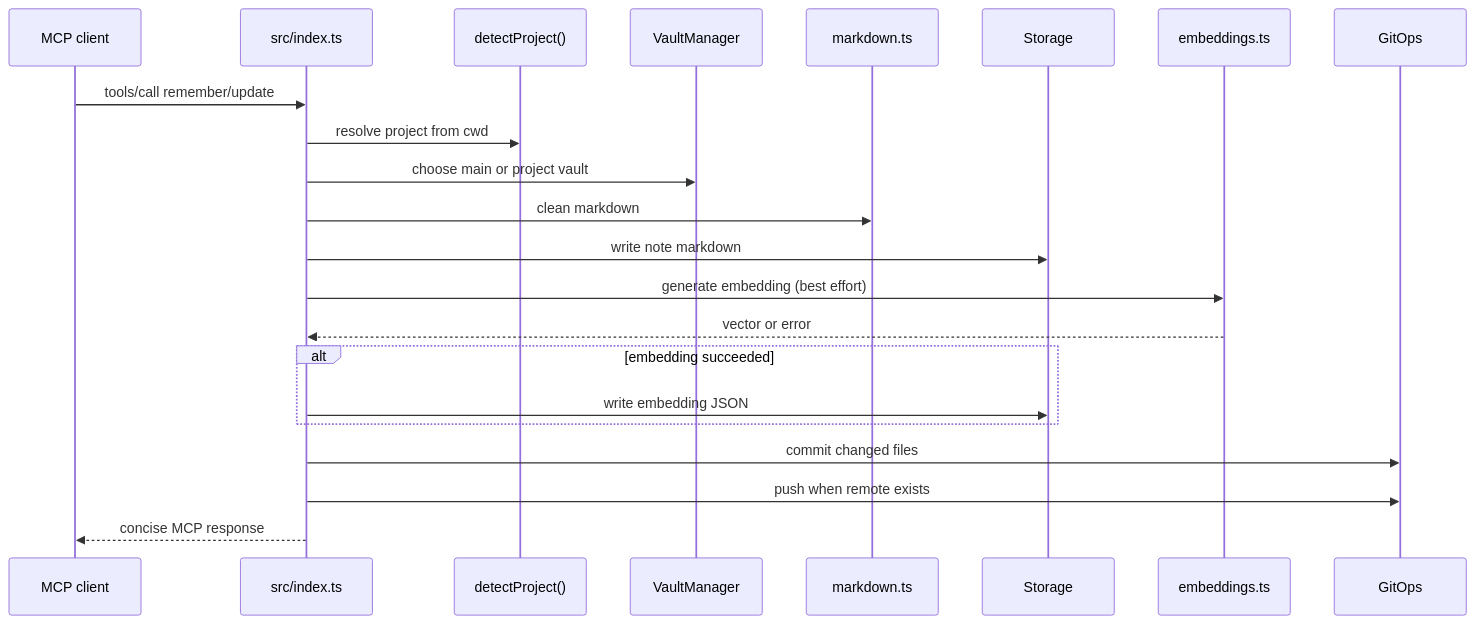
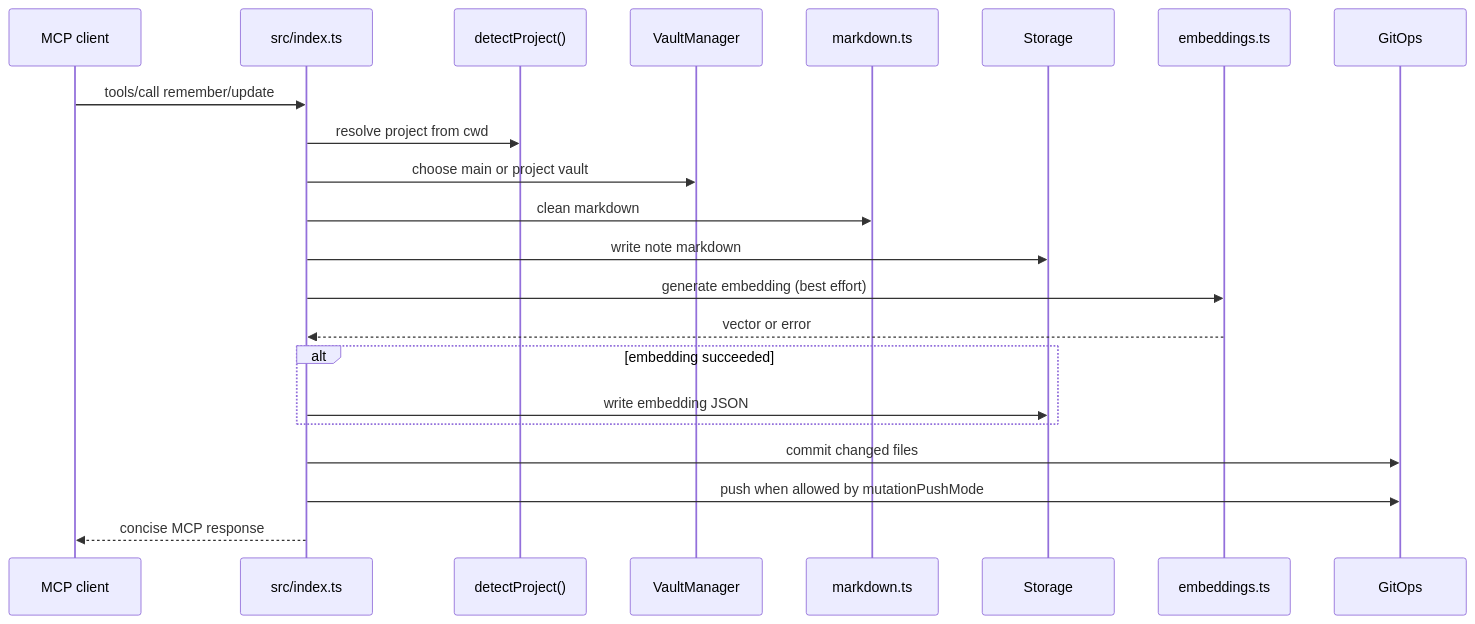
One commit to danielmarbach/mnemonic changed the second of 3 diagrams in ARCHITECTURE.md. Above: the diagram before and after it, drawn with Mermaid. The commit also changed other lines of this file and 10 other files, not shown here.

````diff
--- a/ARCHITECTURE.md
+++ b/ARCHITECTURE.md
@@ -74,25 +74,25 @@
 ```mermaid
 sequenceDiagram
     participant C as MCP client
     participant S as src/index.ts
     participant P as detectProject()
     participant V as VaultManager
     participant M as markdown.ts
     participant T as Storage
     participant E as embeddings.ts
     participant G as GitOps
 
     C->>S: tools/call remember/update
     S->>P: resolve project from cwd
     S->>V: choose main or project vault
     S->>M: clean markdown
     S->>T: write note markdown
     S->>E: generate embedding (best effort)
     E-->>S: vector or error
     alt embedding succeeded
         S->>T: write embedding JSON
     end
     S->>G: commit changed files
-    S->>G: push when remote exists
+        S->>G: push when allowed by mutationPushMode
     S-->>C: concise MCP response
 ```
````
